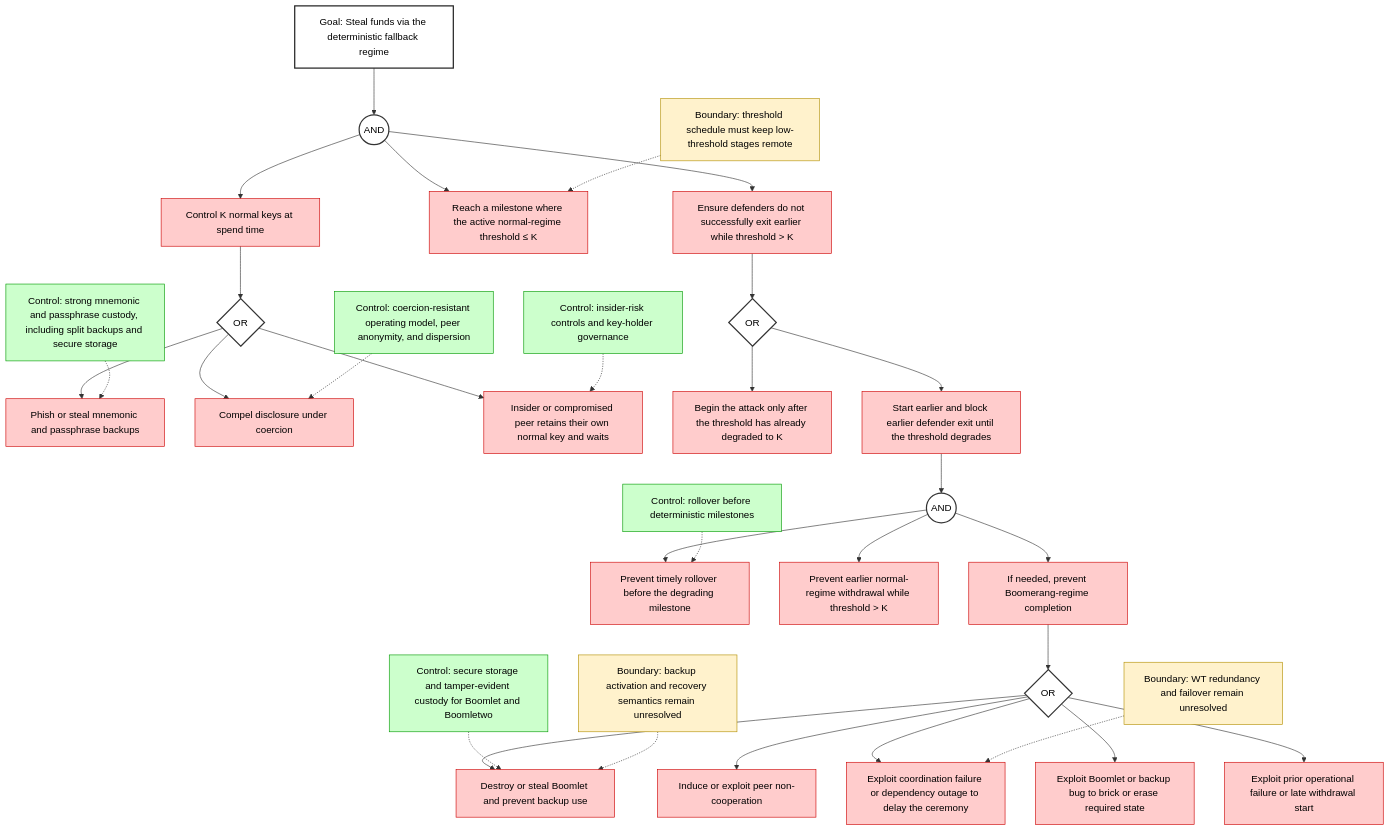
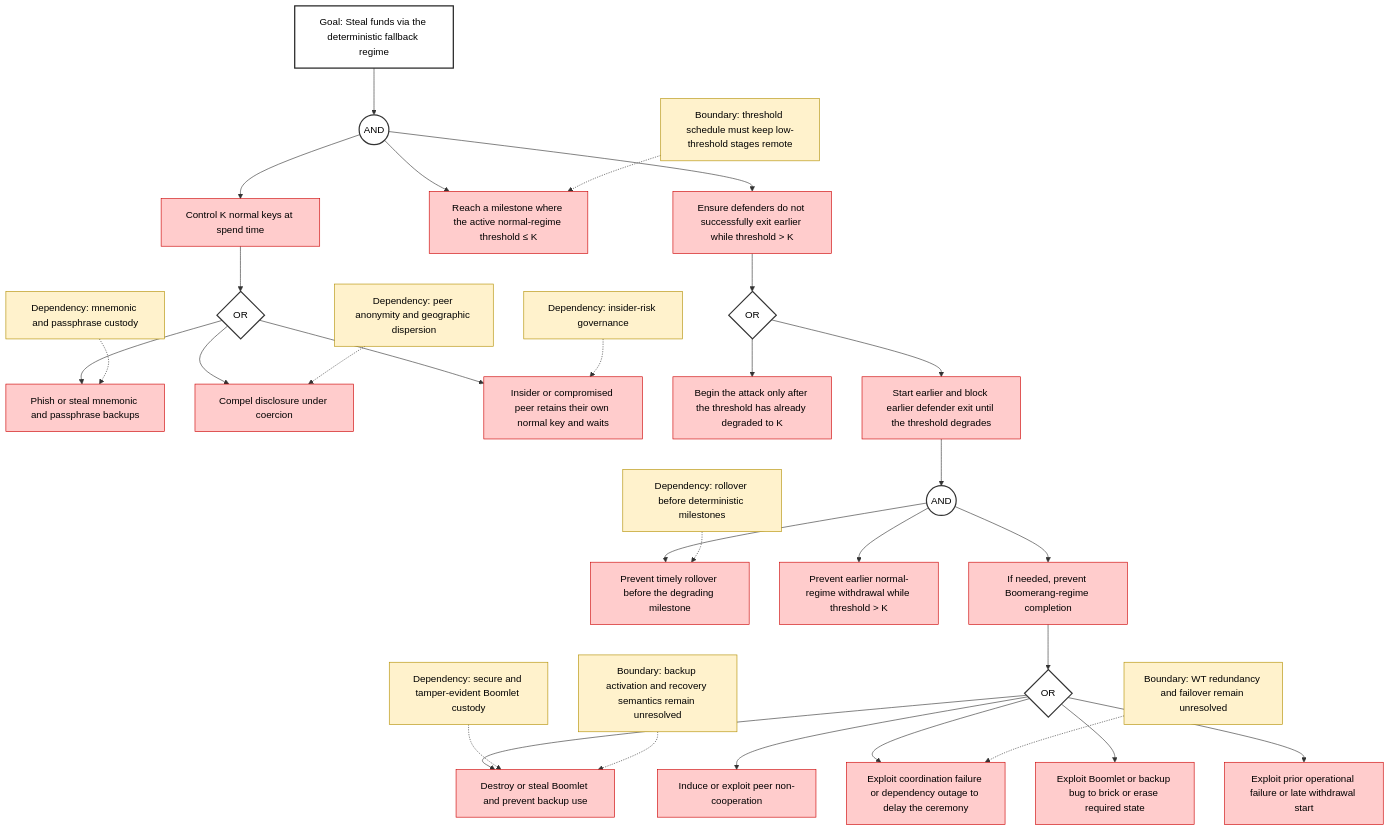
One commit to cogwheel26/boomerang_design changed the third of 7 diagrams in security_models/attack_trees.md. Above: the diagram before and after it, drawn with Mermaid. The commit also changed other lines of this file and 7 other files, not shown here.

````diff
--- a/security_models/attack_trees.md
+++ b/security_models/attack_trees.md
@@ -169,61 +152,50 @@
 ```mermaid
 flowchart TD
   A["Goal: Steal funds via the deterministic fallback regime"] --> AND0((AND))
 
   AND0 --> B["Control K normal keys at spend time"]
   AND0 --> C["Reach a milestone where the active normal-regime threshold ≤ K"]
   AND0 --> D["Ensure defenders do not successfully exit earlier while threshold > K"]
 
-  %% ----------------------------
-  %% 1) Obtain enough normal keys
-  %% ----------------------------
   B --> OR1{OR}
   OR1 --> B1["Phish or steal mnemonic and passphrase backups"]
   OR1 --> B2["Compel disclosure under coercion"]
   OR1 --> B3["Insider or compromised peer retains their own normal key and waits"]
 
-  %% ----------------------------
-  %% 2) Prevent earlier defender exit
-  %% ----------------------------
   D --> OR2{OR}
   OR2 --> D1["Begin the attack only after the threshold has already degraded to K"]
   OR2 --> D2["Start earlier and block earlier defender exit until the threshold degrades"]
 
   D2 --> AND1((AND))
   AND1 --> D2a["Prevent timely rollover before the degrading milestone"]
   AND1 --> D2b["Prevent earlier normal-regime withdrawal while threshold > K"]
   AND1 --> D2c["If needed, prevent Boomerang-regime completion"]
 
   D2c --> OR3{OR}
   OR3 --> D2c1["Destroy or steal Boomlet and prevent backup use"]
   OR3 --> D2c2["Induce or exploit peer non-cooperation"]
   OR3 --> D2c3["Exploit coordination failure or dependency outage to delay the ceremony"]
   OR3 --> D2c4["Exploit Boomlet or backup bug to brick or erase required state"]
   OR3 --> D2c5["Exploit prior operational failure or late withdrawal start"]
 
-  %% ----------------------------
-  %% Controls and open items
-  %% ----------------------------
-  E1["Control: strong mnemonic and passphrase custody, including split backups and secure storage"] -.-> B1
-  E2["Control: coercion-resistant operating model, peer anonymity, and dispersion"] -.-> B2
-  E3["Control: insider-risk controls and key-holder governance"] -.-> B3
-  E4["Control: rollover before deterministic milestones"] -.-> D2a
+  E1["Dependency: mnemonic and passphrase custody"] -.-> B1
+  E2["Dependency: peer anonymity and geographic dispersion"] -.-> B2
+  E3["Dependency: insider-risk governance"] -.-> B3
+  E4["Dependency: rollover before deterministic milestones"] -.-> D2a
   E5["Boundary: threshold schedule must keep low-threshold stages remote"] -.-> C
-  E6["Control: secure storage and tamper-evident custody for Boomlet and Boomletwo"] -.-> D2c1
+  E6["Dependency: secure and tamper-evident Boomlet custody"] -.-> D2c1
   E7["Boundary: backup activation and recovery semantics remain unresolved"] -.-> D2c1
   E8["Boundary: WT redundancy and failover remain unresolved"] -.-> D2c3
 
-  %% Styles
   classDef goal fill:#ffffff,stroke:#222,stroke-width:2px,color:#000;
   classDef attack fill:#ffcccc,stroke:#cc0000,color:#000;
   classDef control fill:#ccffcc,stroke:#009900,color:#000;
   classDef open fill:#fff2cc,stroke:#b38f00,color:#000;
   classDef gate fill:#ffffff,stroke:#333,stroke-width:2px,color:#000;
 
   class A goal;
   class B,C,D,B1,B2,B3,D1,D2,D2a,D2b,D2c,D2c1,D2c2,D2c3,D2c4,D2c5 attack;
-  class E1,E2,E3,E4,E6 control;
-  class E5,E7,E8 open;
+  class E1,E2,E3,E4,E5,E6,E7,E8 open;
   class AND0,AND1,OR1,OR2,OR3 gate;
 
 ```
````
